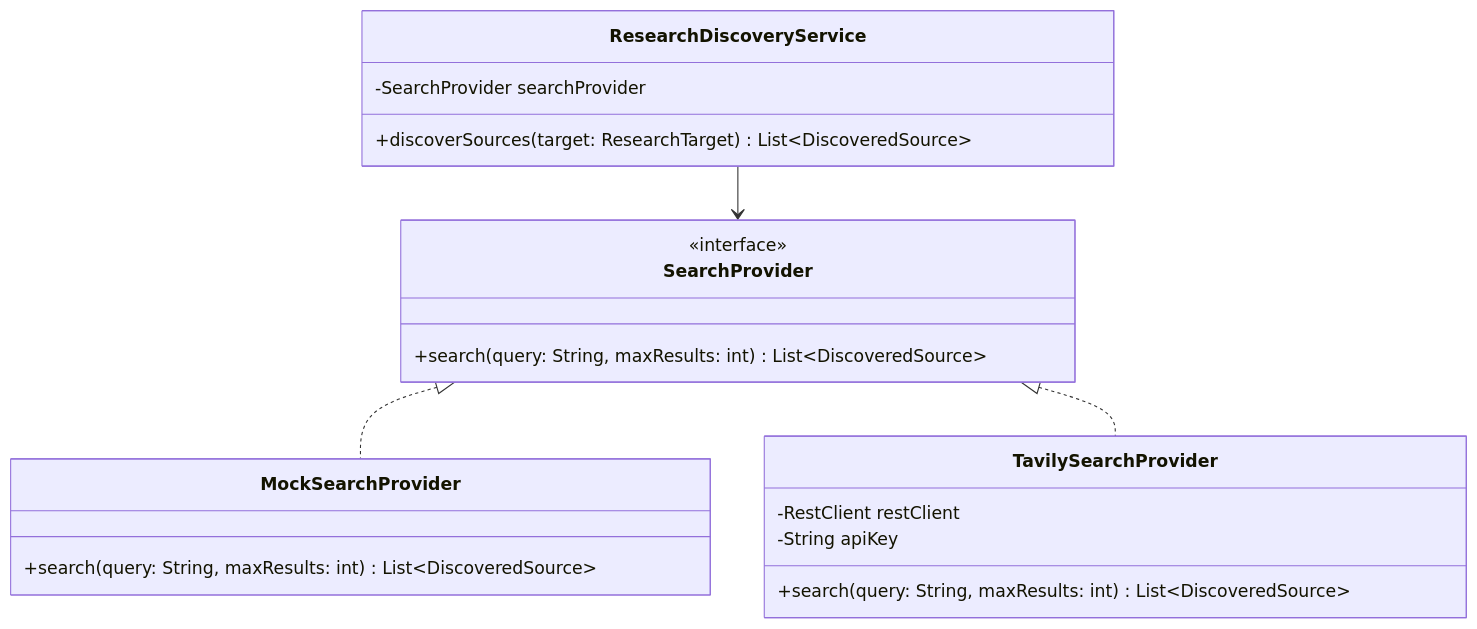
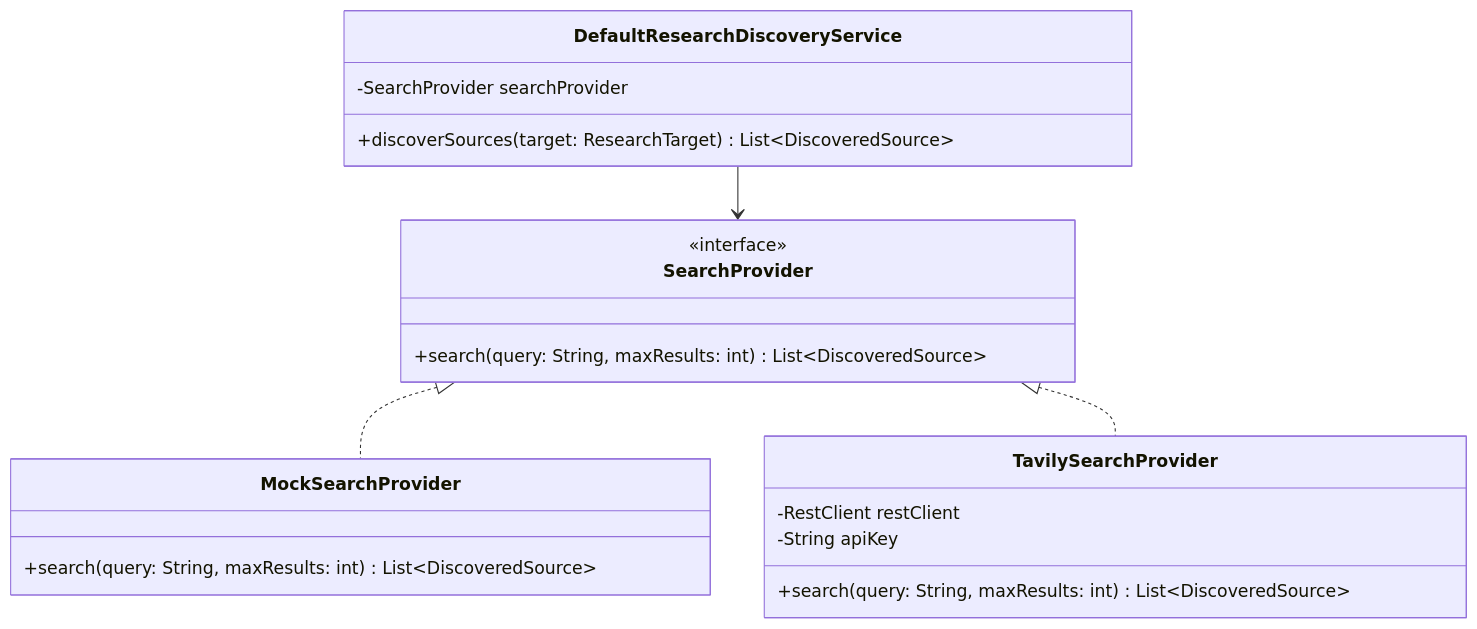
One commit to parvagr247/data-enrichment-ai-intelligence changed the diagram in docs/learning/04-strategy-and-adapter-patterns-in-provider-integrations.md. Above: the diagram before and after it, drawn with Mermaid. The commit also changed other lines of this file and 200 other files, not shown here.

Commit message:
research-service project structure improved

````diff
--- a/docs/learning/04-strategy-and-adapter-patterns-in-provider-integrations.md
+++ b/docs/learning/04-strategy-and-adapter-patterns-in-provider-integrations.md
@@ -24,23 +29,23 @@
 ```mermaid
 classDiagram
     class SearchProvider {
         <<interface>>
         +search(query: String, maxResults: int) List~DiscoveredSource~
     }
     class MockSearchProvider {
         +search(query: String, maxResults: int) List~DiscoveredSource~
     }
     class TavilySearchProvider {
         -RestClient restClient
         -String apiKey
         +search(query: String, maxResults: int) List~DiscoveredSource~
     }
-    class ResearchDiscoveryService {
+    class DefaultResearchDiscoveryService {
         -SearchProvider searchProvider
         +discoverSources(target: ResearchTarget) List~DiscoveredSource~
     }
     
     SearchProvider <|.. MockSearchProvider
     SearchProvider <|.. TavilySearchProvider
-    ResearchDiscoveryService --> SearchProvider
+    DefaultResearchDiscoveryService --> SearchProvider
 ```
````
